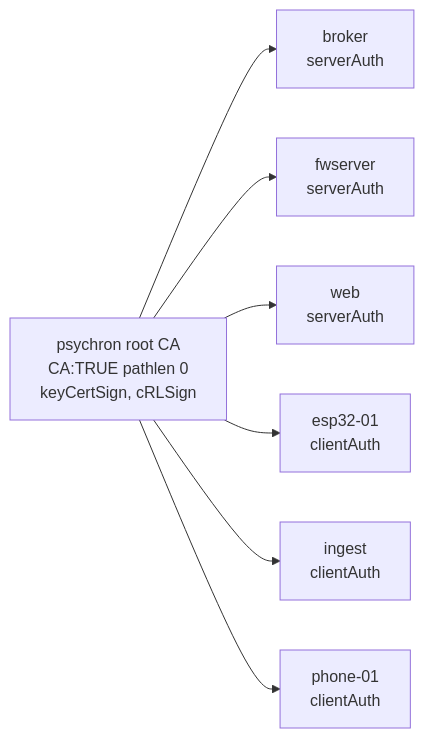
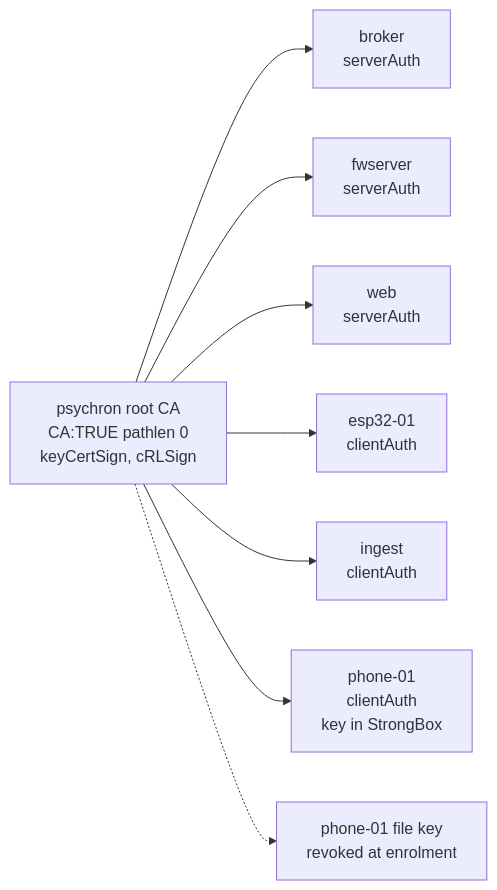
Before and after one commit to Zoel-Manchon/psychron: the fifth of 5 diagrams in README.md, drawn with Mermaid. The commit also changed other lines of this file and 5 other files, not shown here.

First line of the commit message:
Document the phone's new senses, its hardware key and revocation

````diff
--- a/README.md
+++ b/README.md
@@ -203,10 +230,11 @@
 ```mermaid
 flowchart LR
     CA["psychron root CA<br/>CA#58;TRUE pathlen 0<br/>keyCertSign, cRLSign"]
     CA --> S1["broker<br/>serverAuth"]
     CA --> S2["fwserver<br/>serverAuth"]
     CA --> S3["web<br/>serverAuth"]
     CA --> C1["esp32-01<br/>clientAuth"]
     CA --> C2["ingest<br/>clientAuth"]
-    CA --> C3["phone-01<br/>clientAuth"]
+    CA --> C3["phone-01<br/>clientAuth<br/>key in StrongBox"]
+    CA -.-> R1["phone-01 file key<br/>revoked at enrolment"]
 ```
````
